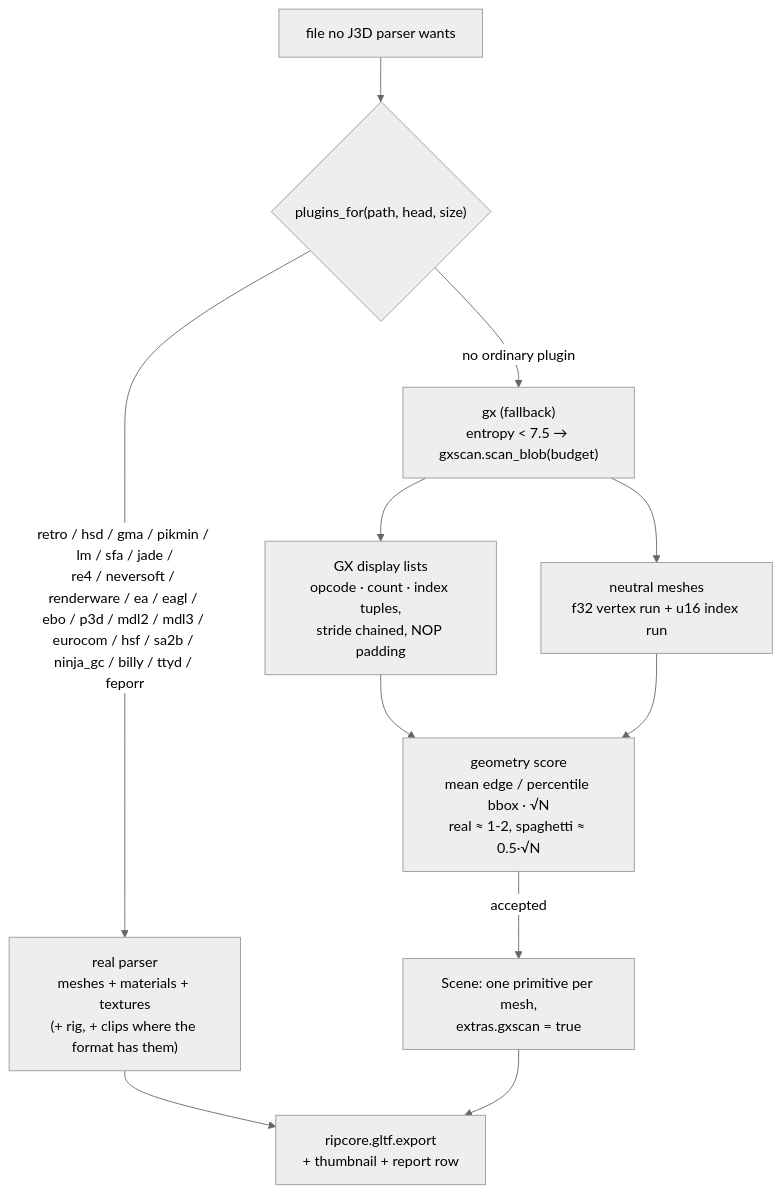
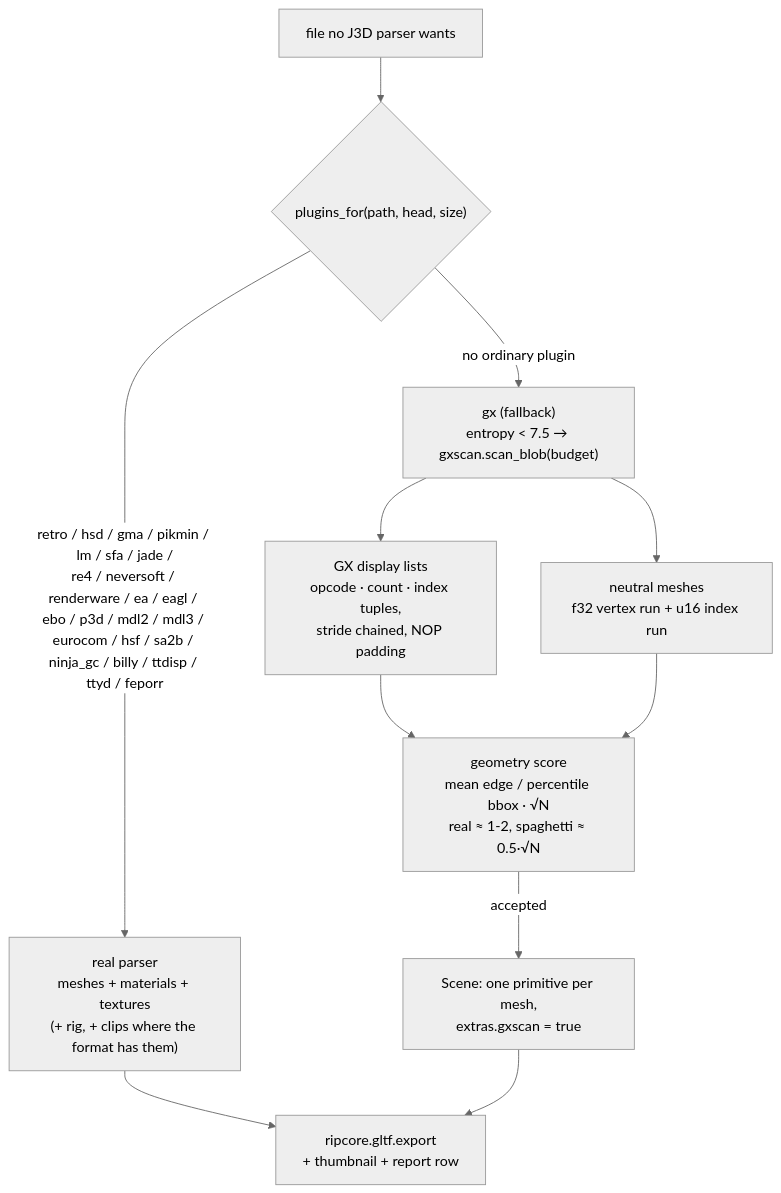
One commit to Felbs/3d-ripper-9000 changed the ninth of 9 diagrams in docs/PIPELINE.md. Above: the diagram before and after it, drawn with Mermaid (neutral theme). The commit also changed other lines of this file and 2 other files, not shown here.

````diff
--- a/docs/PIPELINE.md
+++ b/docs/PIPELINE.md
@@ -220,11 +221,11 @@
 ```mermaid
 flowchart TD
     F["file no J3D parser wants"] --> D{"plugins_for(path, head, size)"}
-    D -->|"retro / hsd / gma / pikmin / lm / sfa / jade /<br/>re4 / neversoft / renderware / ea / eagl / ebo / p3d / mdl2 / mdl3 / eurocom / hsf / sa2b / ninja_gc / billy / ttyd / feporr"| R["real parser<br/>meshes + materials + textures<br/>(+ rig, + clips where the format has them)"]
+    D -->|"retro / hsd / gma / pikmin / lm / sfa / jade /<br/>re4 / neversoft / renderware / ea / eagl / ebo / p3d / mdl2 / mdl3 / eurocom / hsf / sa2b / ninja_gc / billy / ttdisp / ttyd / feporr"| R["real parser<br/>meshes + materials + textures<br/>(+ rig, + clips where the format has them)"]
     D -->|"no ordinary plugin"| S["gx (fallback)<br/>entropy < 7.5 → gxscan.scan_blob(budget)"]
     S --> L["GX display lists<br/>opcode · count · index tuples,<br/>stride chained, NOP padding"]
     S --> N["neutral meshes<br/>f32 vertex run + u16 index run"]
     L & N --> SC["geometry score<br/>mean edge / percentile bbox · √N<br/>real ≈ 1-2, spaghetti ≈ 0.5·√N"]
     SC -->|"accepted"| M["Scene: one primitive per mesh,<br/>extras.gxscan = true"]
     R & M --> E["ripcore.gltf.export<br/>+ thumbnail + report row"]
 ```
````
